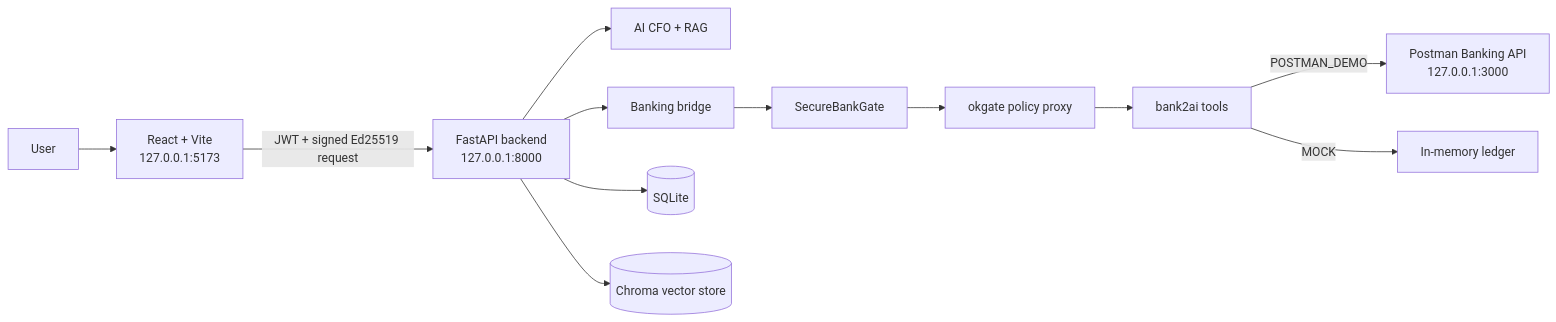
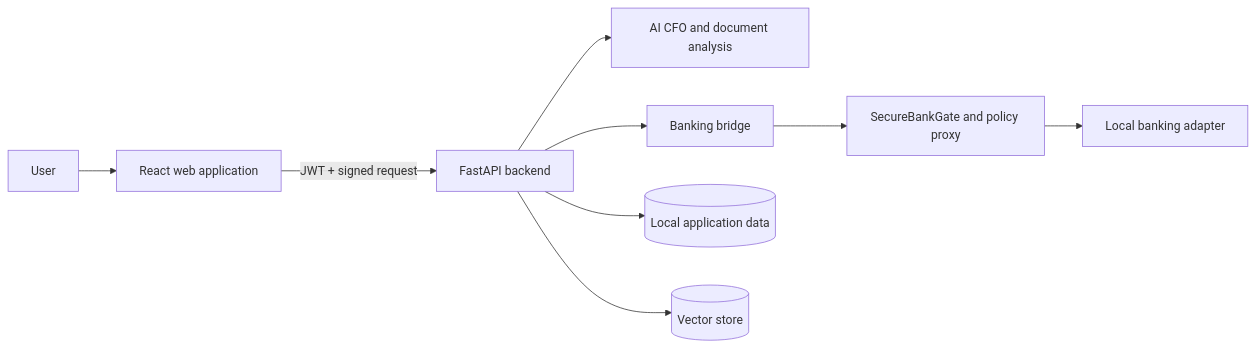
Before and after one commit to Shudipto-creator/CASHFLOW: the first of 2 diagrams in README.md, drawn with Mermaid. The commit also changed other lines of this file and 35 other files, not shown here.

````diff
--- a/README.md
+++ b/README.md
@@ -49,14 +31,11 @@
 ```mermaid
 flowchart LR
-    U[User] --> UI[React + Vite<br/>127.0.0.1:5173]
-    UI -->|JWT + signed Ed25519 request| API[FastAPI backend<br/>127.0.0.1:8000]
-    API --> CFO[AI CFO + RAG]
-    API --> BRIDGE[Banking bridge]
-    BRIDGE --> GATE[SecureBankGate]
-    GATE --> OK[okgate policy proxy]
-    OK --> BANK[bank2ai tools]
-    BANK -->|POSTMAN_DEMO| PM[Postman Banking API<br/>127.0.0.1:3000]
-    BANK -->|MOCK| MOCK[In-memory ledger]
-    API --> DB[(SQLite)]
-    API --> V[(Chroma vector store)]
+    User[User] --> Web[React web application]
+    Web -->|JWT + signed request| API[FastAPI backend]
+    API --> CFO[AI CFO and document analysis]
+    API --> Bridge[Banking bridge]
+    Bridge --> Gate[SecureBankGate and policy proxy]
+    Gate --> Bank[Local banking adapter]
+    API --> Data[(Local application data)]
+    API --> Store[(Vector store)]
 ```
````
